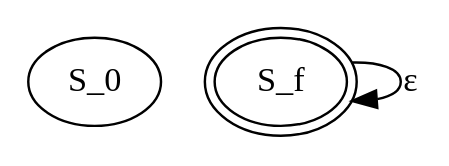
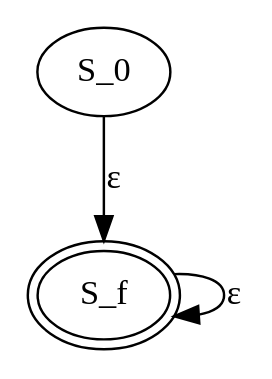
One commit to cmsmcq/gingersnap changed the diagram in toys/images/g010.fsa.dot. Above: the diagram before and after it, drawn with Graphviz. The commit also changed 32 other files, not shown here.

```diff
--- a/toys/images/g010.fsa.dot
+++ b/toys/images/g010.fsa.dot
@@ -1,10 +1,11 @@
 digraph rgfsa {
   /* Circles-and-arrows diagram of FSA from right-regular grammar. 
      Generated by rg-to-dot.xsl.
      Input:file:/Users/cmsmcq/2021/gingersnap/toys/g010.fsa.xml
-     Generated:2021-01-17T11:36:18.686279-07:00 */
+     Generated:2021-01-17T12:43:05.694021-07:00 */
 
 S_0 [label="S_0"]
 S_f [label="S_f" peripheries=2]
+S_0 -> S_f [label="ε"];
 S_f -> S_f [label="ε"];
 }
```
